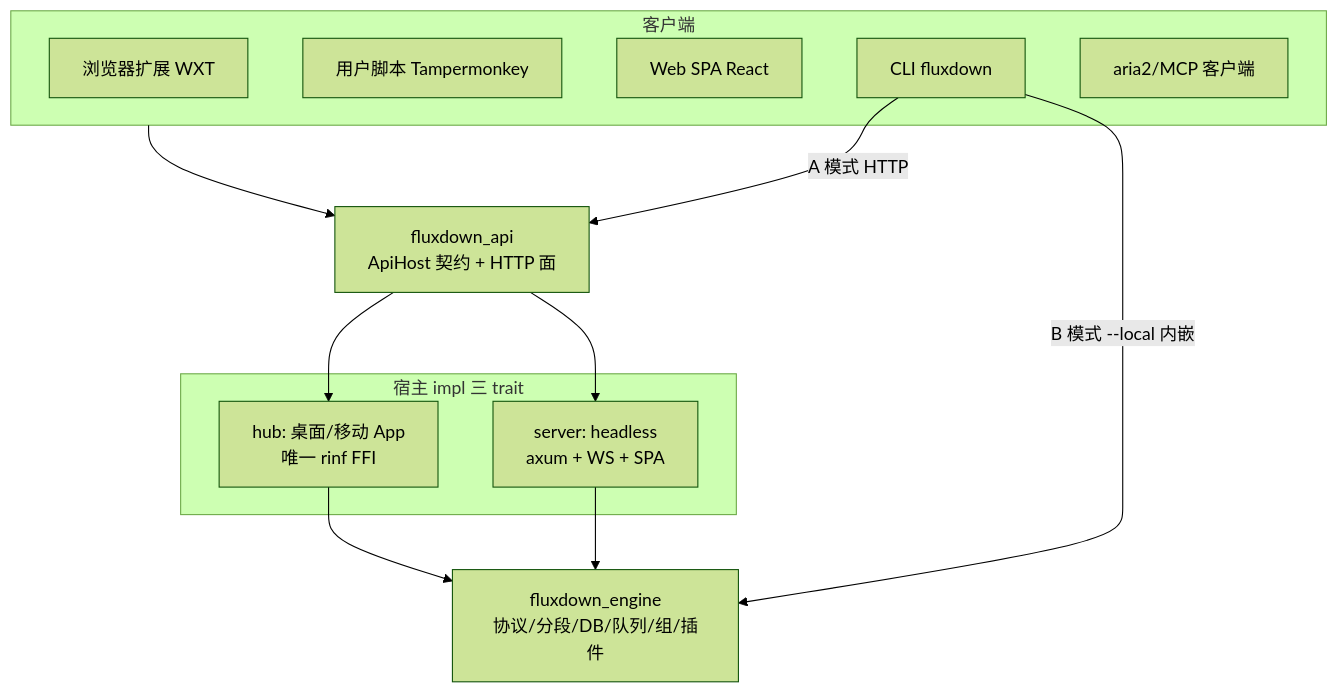
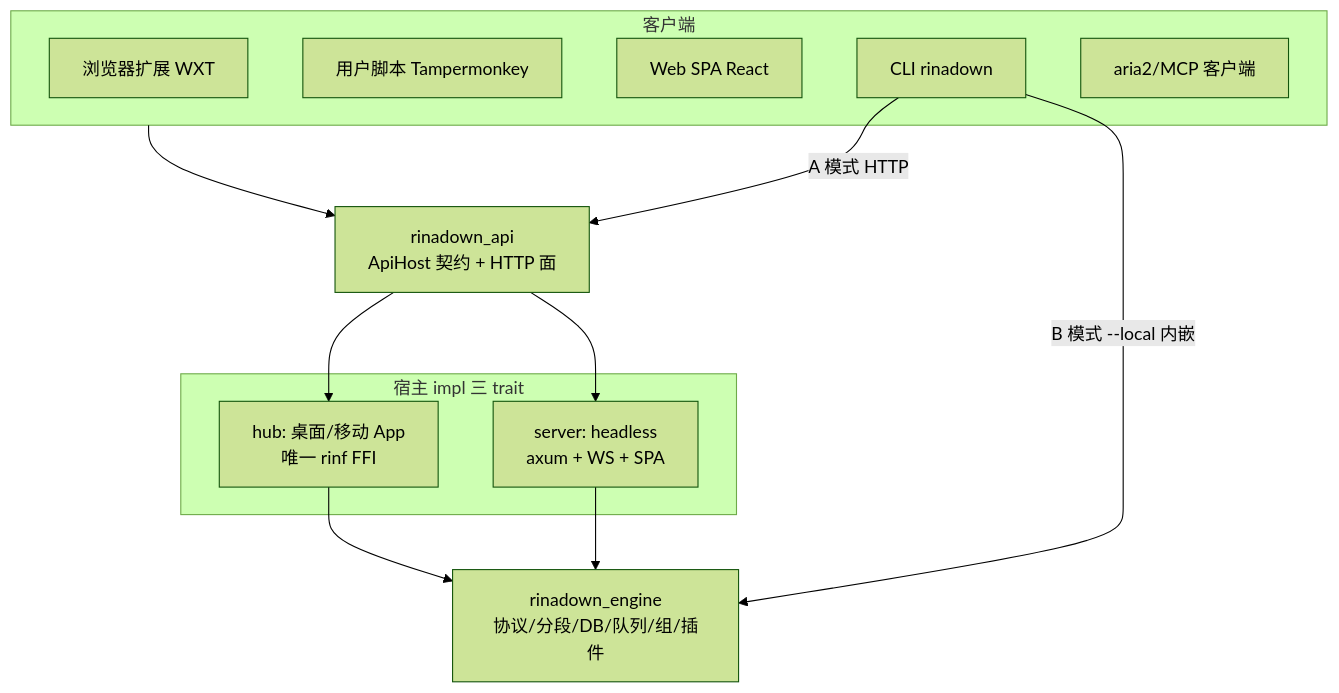
The first of 2 diagrams in .omp/knowledge/README.md (shengengfun/RinaDown), drawn with Mermaid (forest theme) before and after one commit. The commit also changed other lines of this file and 738 other files, not shown here.

````diff
--- a/.omp/knowledge/README.md
+++ b/.omp/knowledge/README.md
@@ -41,23 +41,23 @@
 ```mermaid
 flowchart TB
   subgraph clients[客户端]
     ext[浏览器扩展 WXT]
     us[用户脚本 Tampermonkey]
     web[Web SPA React]
-    cli[CLI fluxdown]
+    cli[CLI rinadown]
     aria[aria2/MCP 客户端]
   end
   subgraph hosts[宿主 impl 三 trait]
     hub[hub: 桌面/移动 App<br/>唯一 rinf FFI]
     srv[server: headless<br/>axum + WS + SPA]
   end
-  api[fluxdown_api<br/>ApiHost 契约 + HTTP 面]
-  eng[fluxdown_engine<br/>协议/分段/DB/队列/组/插件]
+  api[rinadown_api<br/>ApiHost 契约 + HTTP 面]
+  eng[rinadown_engine<br/>协议/分段/DB/队列/组/插件]
   clients --> api
   api --> hub
   api --> srv
   hub --> eng
   srv --> eng
   cli -->|A 模式 HTTP| api
   cli -->|B 模式 --local 内嵌| eng
 ```
````
